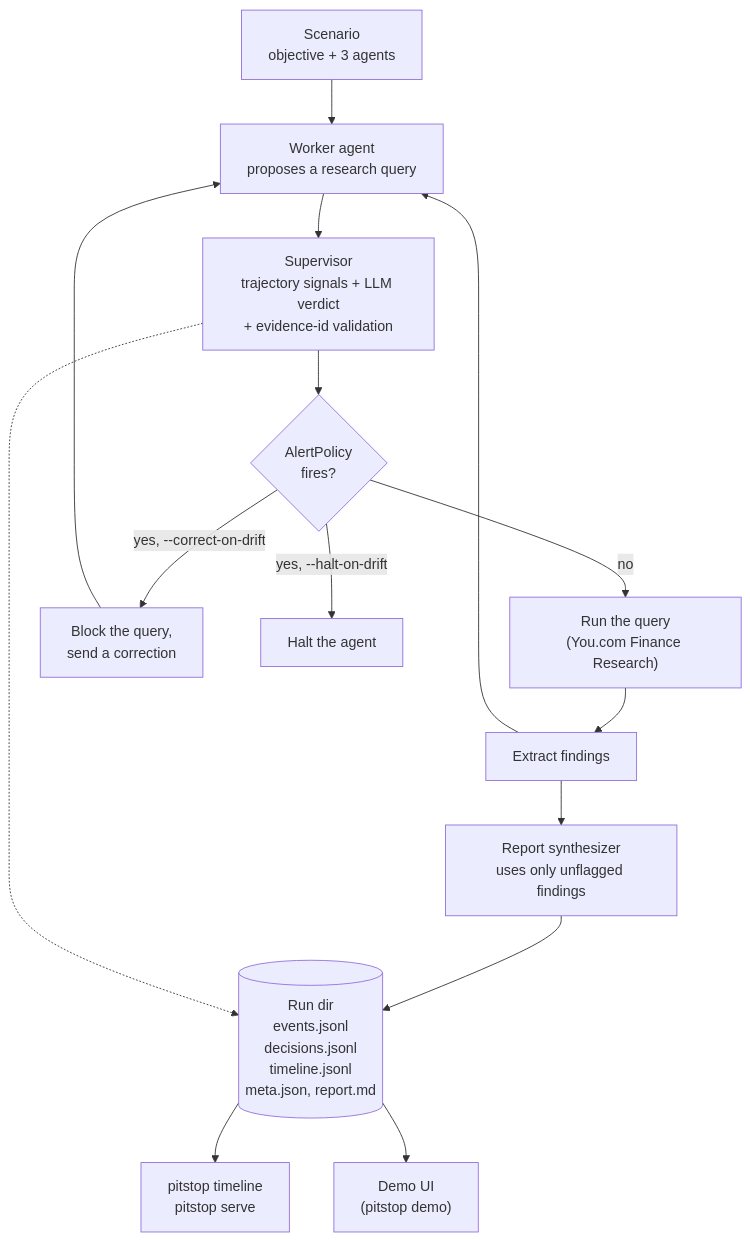
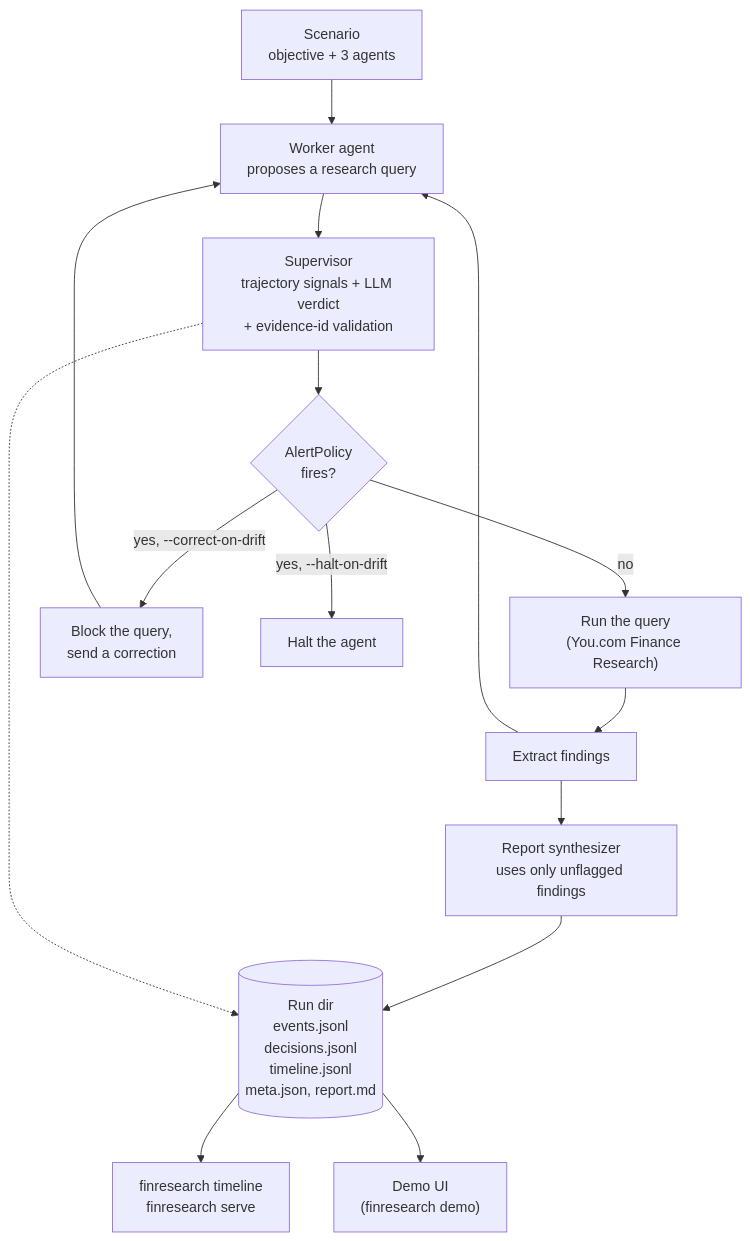
One commit to Qamil-Mirza/gepa-financial-agent changed the first of 4 diagrams in README.md. Above: the diagram before and after it, drawn with Mermaid. The commit also changed other lines of this file and 177 other files, not shown here.

````diff
--- a/README.md
+++ b/README.md
@@ -171,17 +367,17 @@
 ```mermaid
 flowchart TD
     S["Scenario<br/>objective + 3 agents"] --> W["Worker agent<br/>proposes a research query"]
     W --> SUP["Supervisor<br/>trajectory signals + LLM verdict<br/>+ evidence-id validation"]
     SUP --> P{"AlertPolicy<br/>fires?"}
     P -- "no" --> R["Run the query<br/>(You.com Finance Research)"]
     R --> F["Extract findings"]
     F --> W
     P -- "yes, --correct-on-drift" --> C["Block the query,<br/>send a correction"]
     C --> W
     P -- "yes, --halt-on-drift" --> H["Halt the agent"]
     F --> RS["Report synthesizer<br/>uses only unflagged findings"]
     RS --> D[("Run dir<br/>events.jsonl<br/>decisions.jsonl<br/>timeline.jsonl<br/>meta.json, report.md")]
     SUP -.-> D
-    D --> T["pitstop timeline<br/>pitstop serve"]
-    D --> UI["Demo UI<br/>(pitstop demo)"]
+    D --> T["finresearch timeline<br/>finresearch serve"]
+    D --> UI["Demo UI<br/>(finresearch demo)"]
 ```
````
